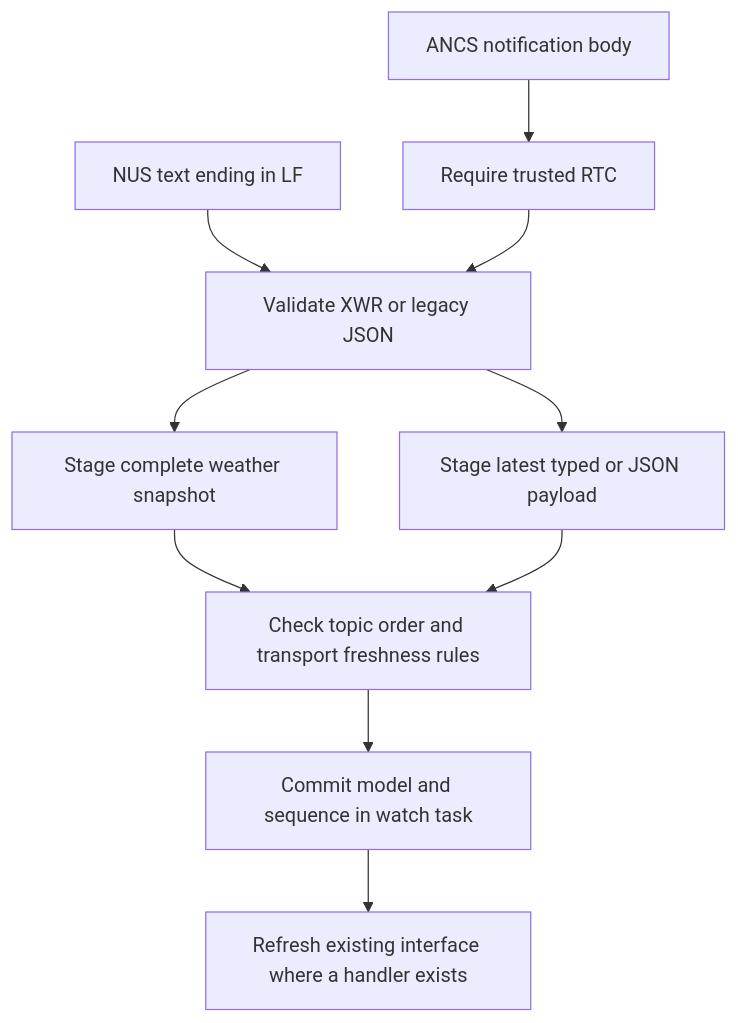
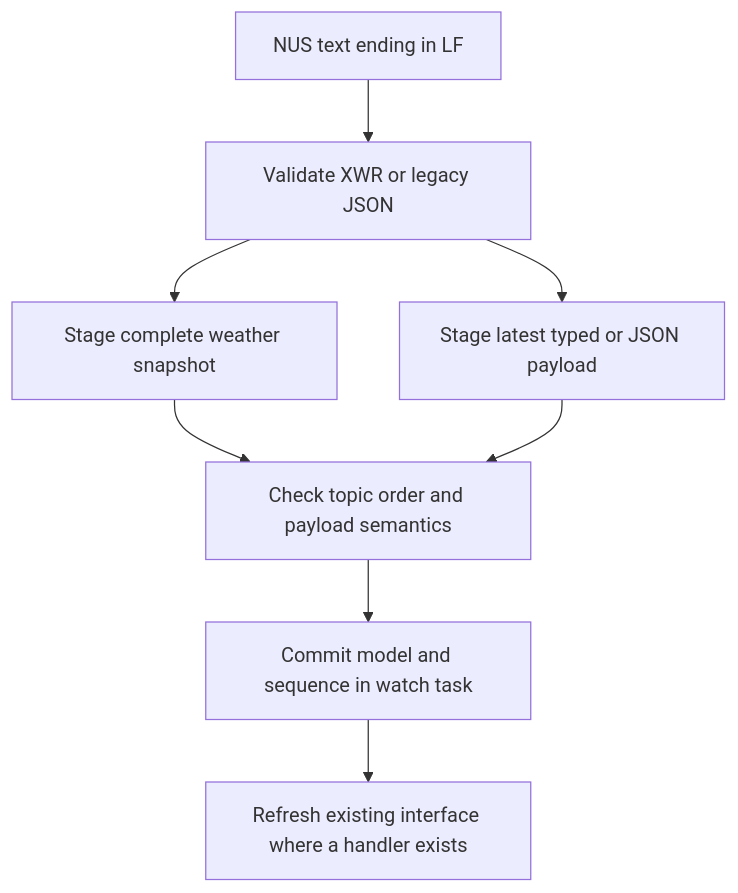
Before and after one commit to baolgn/smartWatch: the diagram in project/README.md, drawn with Mermaid. The commit also changed other lines of this file and 35 other files, not shown here.

````diff
--- a/project/README.md
+++ b/project/README.md
@@ -163,12 +162,10 @@
 ```mermaid
 flowchart TD
-    ANCS[ANCS notification body] --> RTC[Require trusted RTC]
     NUS[NUS text ending in LF] --> Parse[Validate XWR or legacy JSON]
-    RTC --> Parse
     Parse --> Weather[Stage complete weather snapshot]
     Parse --> Generic[Stage latest typed or JSON payload]
-    Weather --> Rules[Check topic order and transport freshness rules]
+    Weather --> Rules[Check topic order and payload semantics]
     Generic --> Rules
     Rules --> Model[Commit model and sequence in watch task]
     Model --> UI[Refresh existing interface where a handler exists]
 ```
````
